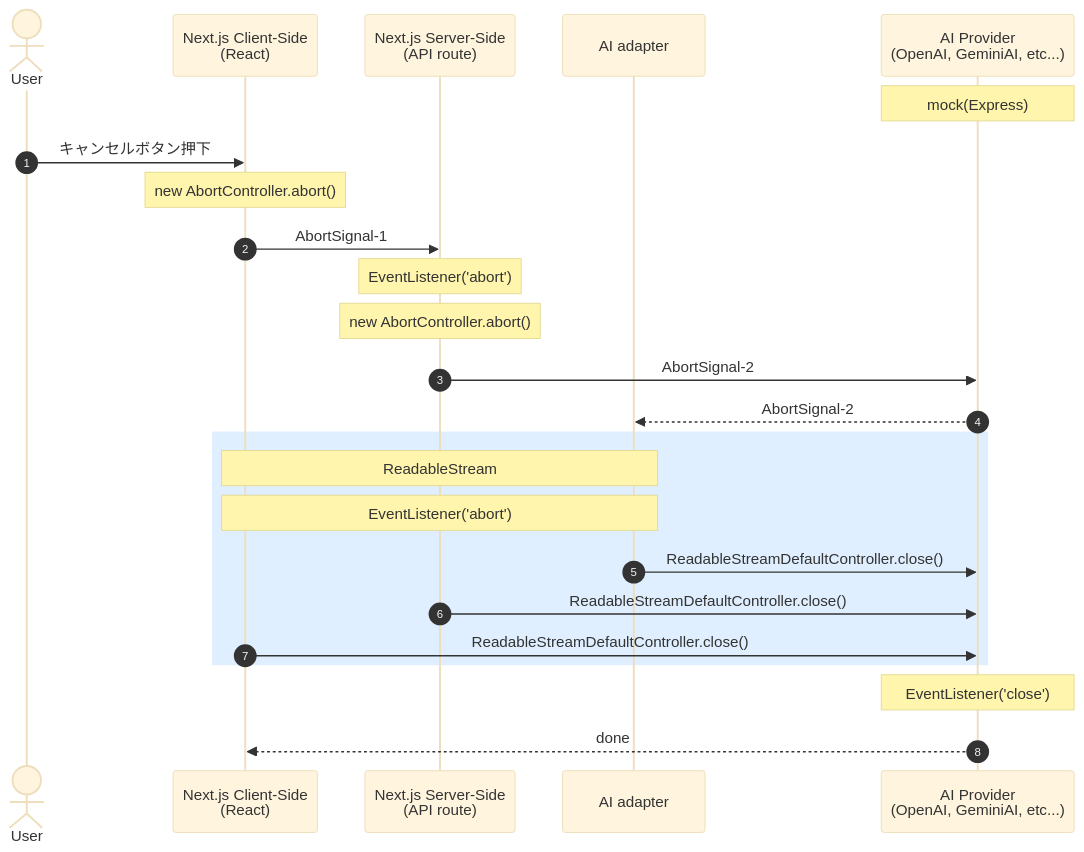
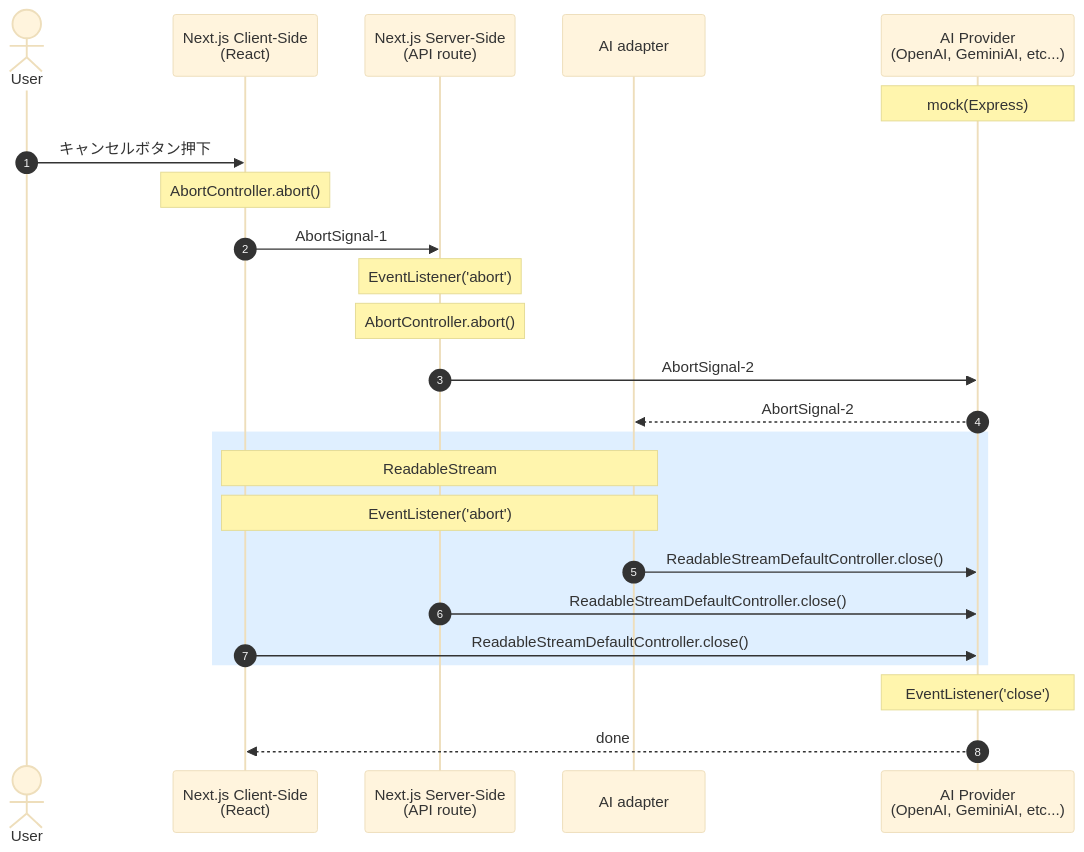
Before and after one commit to sudo-yoko/portfolio-nextjs: the diagram in _docs/chat/memo.md, drawn with Mermaid (base theme).

````diff
--- a/_docs/chat/memo.md
+++ b/_docs/chat/memo.md
@@ -1,35 +1,35 @@
  ```mermaid
 
 sequenceDiagram
 autonumber
 
 actor U as User
 participant C as Next.js Client-Side<br>(React)
 participant S as Next.js Server-Side<br>(API route)
 participant AD as AI adapter
 participant A as AI Provider<br>(OpenAI, GeminiAI, etc...)
 Note over A: mock(Express)
 
 U->>C: キャンセルボタン押下
-Note over C: new AbortController.abort()
+Note over C: AbortController.abort()
 
 C->>S: AbortSignal-1
 Note over S: EventListener('abort')
-Note over S: new AbortController.abort()
+Note over S: AbortController.abort()
 
 S->>A: AbortSignal-2
 A-->>AD: AbortSignal-2
 
 rect rgb(223, 239, 255)
 Note over C,AD: ReadableStream
 Note over C,AD: EventListener('abort')
 
 AD->>A: ReadableStreamDefaultController.close()
 S->>A: ReadableStreamDefaultController.close()
 C->>A: ReadableStreamDefaultController.close()
 end
 
 Note over A: EventListener('close')
 A-->>C: done
 
  ```
````
